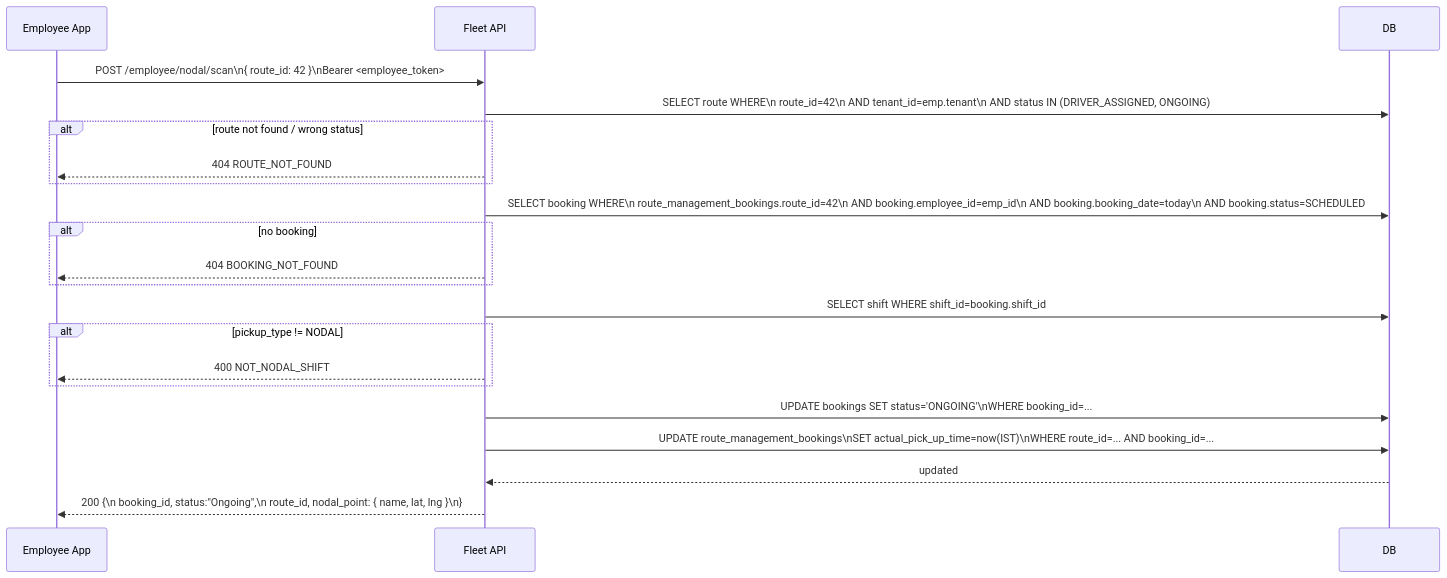
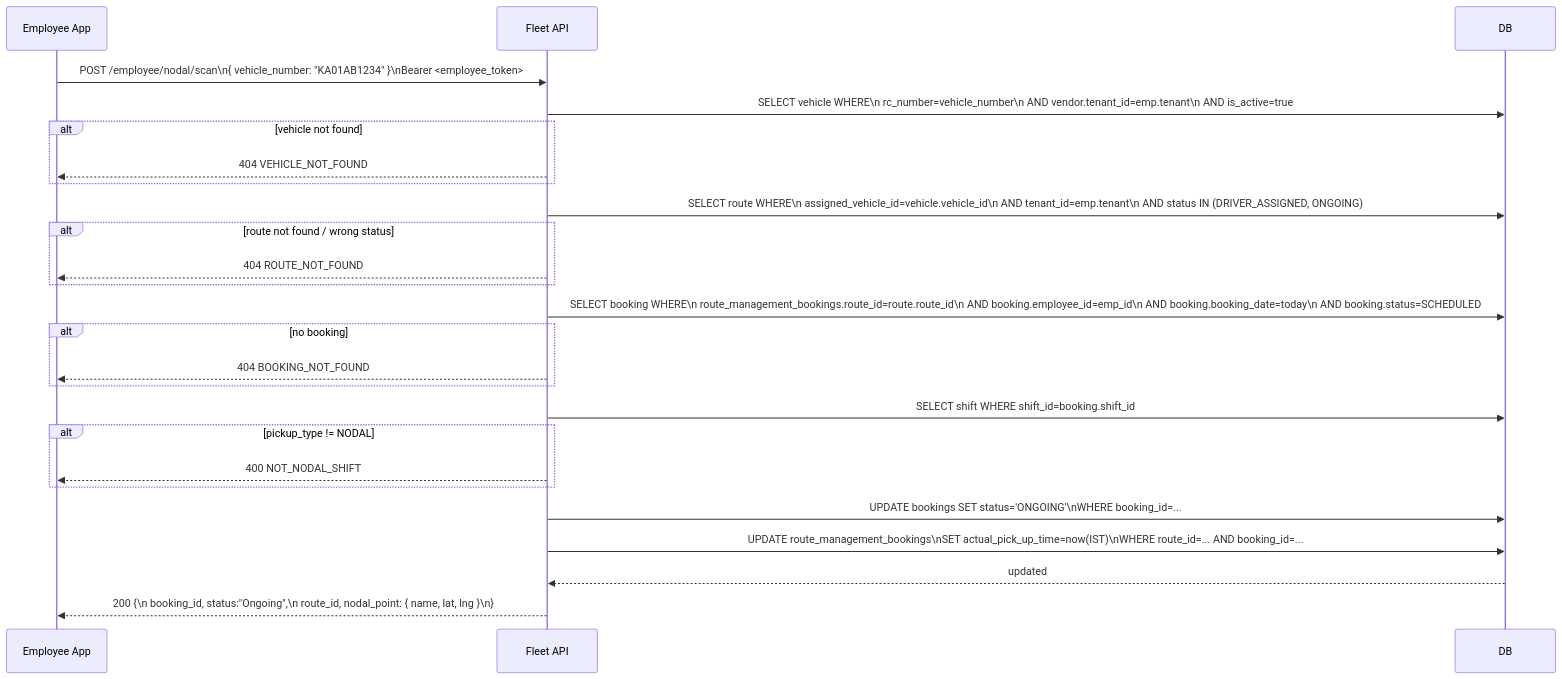
Before and after one commit to YouthStack-Dev/fleet_manager: the fifth of 6 diagrams in docs/nodal_point_feature.md, drawn with Mermaid. The commit also changed other lines of this file and 2 other files, not shown here.

Commit message:
feat: QR scan uses vehicle_number (rc_number) instead of route_id; add is_boarded/counts to hub_groups; skip ONGOING stops in get_next_stop for nodal routes

````diff
--- a/docs/nodal_point_feature.md
+++ b/docs/nodal_point_feature.md
@@ -229,28 +232,33 @@
 ```mermaid
 sequenceDiagram
     participant EmpApp as Employee App
     participant API as Fleet API
     participant DB
 
-    EmpApp->>API: POST /employee/nodal/scan\n{ route_id: 42 }\nBearer <employee_token>
+    EmpApp->>API: POST /employee/nodal/scan\n{ vehicle_number: "KA01AB1234" }\nBearer <employee_token>
 
-    API->>DB: SELECT route WHERE\n  route_id=42\n  AND tenant_id=emp.tenant\n  AND status IN (DRIVER_ASSIGNED, ONGOING)
+    API->>DB: SELECT vehicle WHERE\n  rc_number=vehicle_number\n  AND vendor.tenant_id=emp.tenant\n  AND is_active=true
+    alt vehicle not found
+        API-->>EmpApp: 404 VEHICLE_NOT_FOUND
+    end
+
+    API->>DB: SELECT route WHERE\n  assigned_vehicle_id=vehicle.vehicle_id\n  AND tenant_id=emp.tenant\n  AND status IN (DRIVER_ASSIGNED, ONGOING)
     alt route not found / wrong status
         API-->>EmpApp: 404 ROUTE_NOT_FOUND
     end
 
-    API->>DB: SELECT booking WHERE\n  route_management_bookings.route_id=42\n  AND booking.employee_id=emp_id\n  AND booking.booking_date=today\n  AND booking.status=SCHEDULED
+    API->>DB: SELECT booking WHERE\n  route_management_bookings.route_id=route.route_id\n  AND booking.employee_id=emp_id\n  AND booking.booking_date=today\n  AND booking.status=SCHEDULED
     alt no booking
         API-->>EmpApp: 404 BOOKING_NOT_FOUND
     end
 
     API->>DB: SELECT shift WHERE shift_id=booking.shift_id
     alt pickup_type != NODAL
         API-->>EmpApp: 400 NOT_NODAL_SHIFT
     end
 
     API->>DB: UPDATE bookings SET status='ONGOING'\nWHERE booking_id=...
     API->>DB: UPDATE route_management_bookings\nSET actual_pick_up_time=now(IST)\nWHERE route_id=... AND booking_id=...
     DB-->>API: updated
     API-->>EmpApp: 200 {\n  booking_id, status:"Ongoing",\n  route_id, nodal_point: { name, lat, lng }\n}
 ```
````
